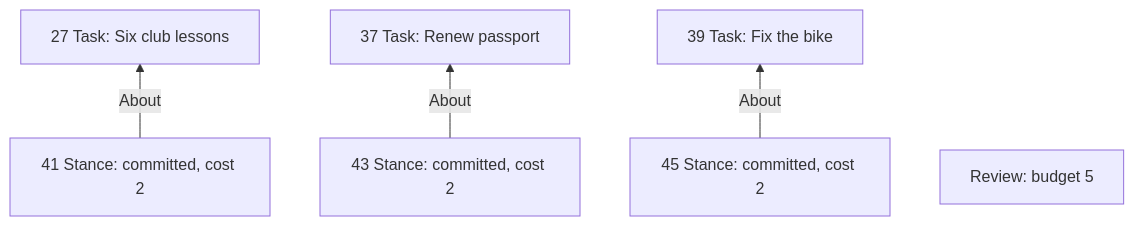
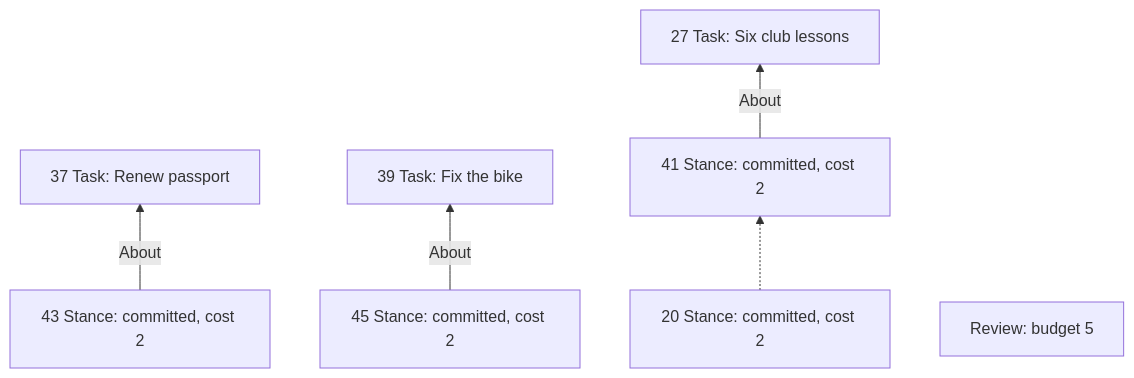
Before and after one commit to RezaOnGithub/lifecore: the fifth of 13 diagrams in docs/PLANNING-EXPLAINER.md, drawn with Mermaid. The commit also changed other lines of this file and 1 other file, not shown here.

````diff
--- a/docs/PLANNING-EXPLAINER.md
+++ b/docs/PLANNING-EXPLAINER.md
@@ -616,10 +629,11 @@
 ```mermaid
 flowchart BT
     A["27 Task: Six club lessons"]
     B["37 Task: Renew passport"]
     C["39 Task: Fix the bike"]
+    S0["20 Stance: committed, cost 2"] -.-> SA
     SA["41 Stance: committed, cost 2"] -- About --> A
     SB["43 Stance: committed, cost 2"] -- About --> B
     SC["45 Stance: committed, cost 2"] -- About --> C
     R["Review: budget 5"]
 ```
````
